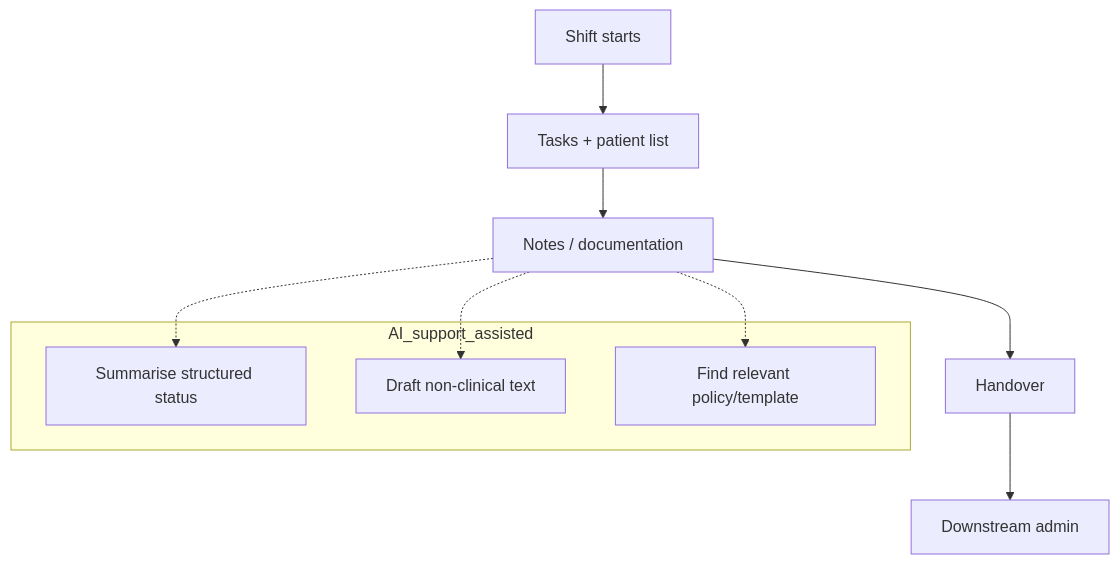
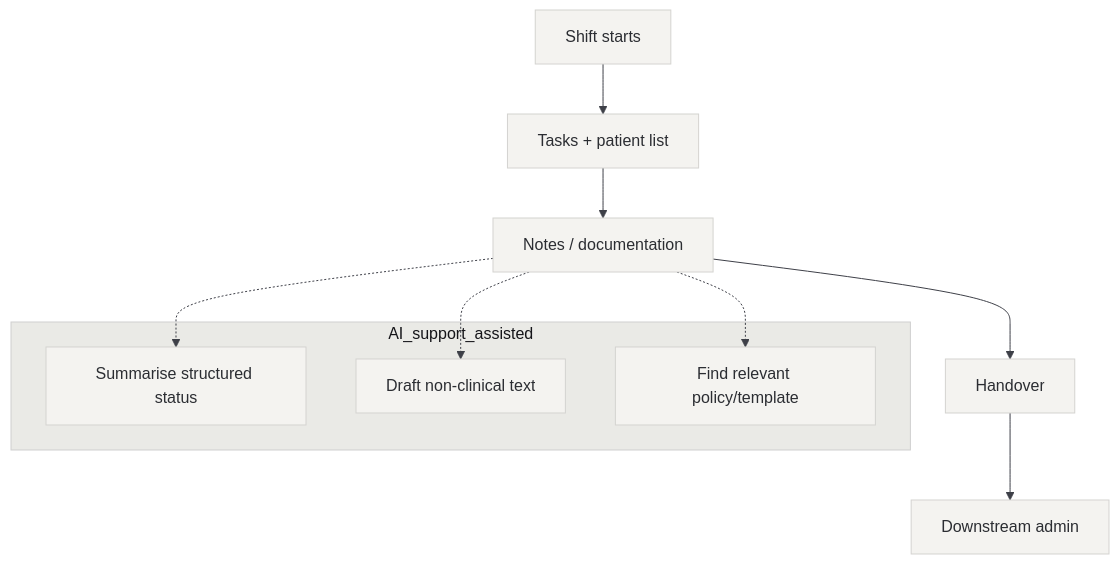
Before and after one commit to HeroBrian389/healthcare_ai_advisor: the first of 2 diagrams in roadmap/outreach/tasters/nursing-admin.md, drawn with Mermaid. The commit also changed other lines of this file and 10 other files, not shown here.

````diff
--- a/roadmap/outreach/tasters/nursing-admin.md
+++ b/roadmap/outreach/tasters/nursing-admin.md
@@ -22,17 +26,18 @@
 ```mermaid
+%%{init: {"theme": "base", "themeVariables": {"fontFamily": "Karla", "primaryColor": "#F4F3F0", "primaryTextColor": "#2B2D32", "primaryBorderColor": "#D4D3D0", "lineColor": "#3E4048", "secondaryColor": "#E8F0ED", "tertiaryColor": "#EAEAE6"}}}%%
 flowchart TB
   A[Shift starts] --> B[Tasks + patient list]
   B --> C[Notes / documentation]
   C --> D[Handover]
   D --> E[Downstream admin]
 
   subgraph AI_support_assisted
     S1[Summarise structured status]
     S2[Draft non-clinical text]
     S3[Find relevant policy/template]
   end
 
   C -.-> S1
   C -.-> S2
   C -.-> S3
 ```
````
